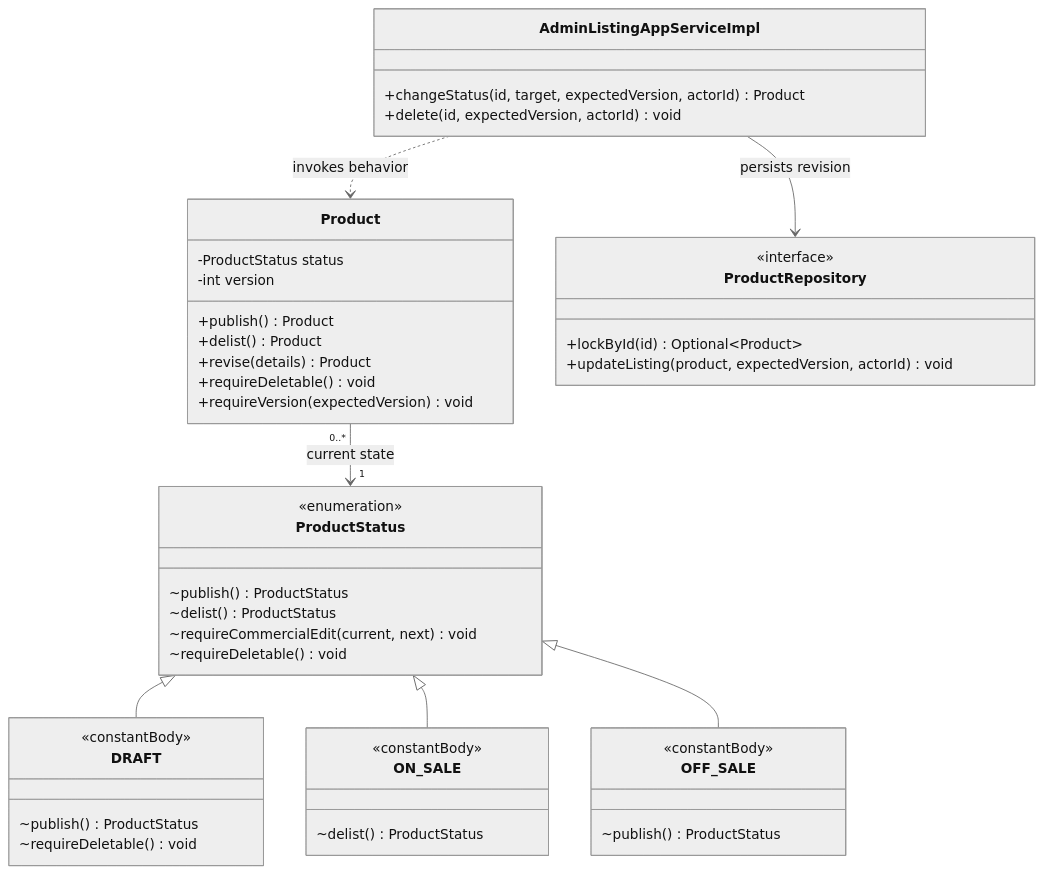
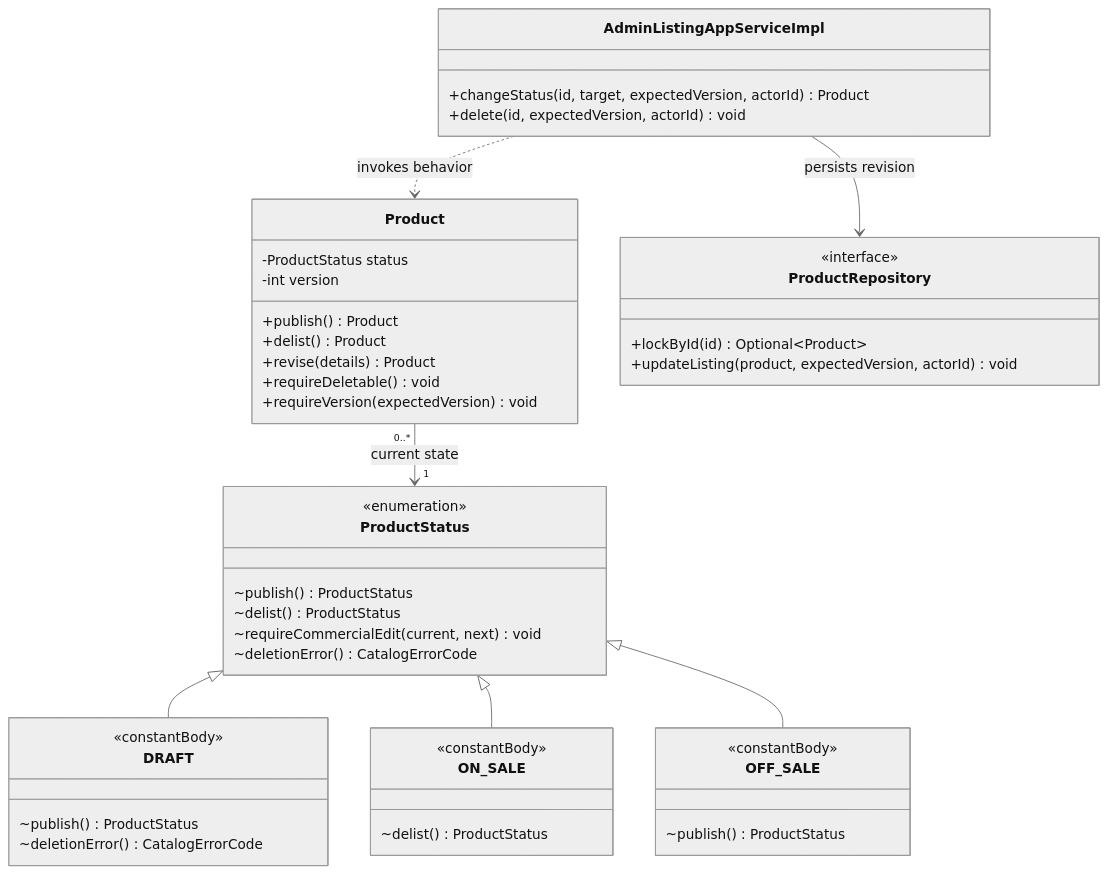
Before and after one commit to PPsyrius/iss-groupbuy-team8: the first of 2 diagrams in backend/docs/design/admin-listings.md, drawn with Mermaid (neutral theme). The commit also changed other lines of this file and 23 other files, not shown here.

````diff
--- a/backend/docs/design/admin-listings.md
+++ b/backend/docs/design/admin-listings.md
@@ -85,47 +85,47 @@
 ```mermaid
 classDiagram
     class AdminListingAppServiceImpl {
         +changeStatus(id, target, expectedVersion, actorId) Product
         +delete(id, expectedVersion, actorId) void
     }
     class Product {
         -ProductStatus status
         -int version
         +publish() Product
         +delist() Product
         +revise(details) Product
         +requireDeletable() void
         +requireVersion(expectedVersion) void
     }
     class ProductStatus {
         <<enumeration>>
         ~publish() ProductStatus
         ~delist() ProductStatus
         ~requireCommercialEdit(current, next) void
-        ~requireDeletable() void
+        ~deletionError() CatalogErrorCode
     }
     class DRAFT {
         <<constantBody>>
         ~publish() ProductStatus
-        ~requireDeletable() void
+        ~deletionError() CatalogErrorCode
     }
     class ON_SALE {
         <<constantBody>>
         ~delist() ProductStatus
     }
     class OFF_SALE {
         <<constantBody>>
         ~publish() ProductStatus
     }
     class ProductRepository {
         <<interface>>
         +lockById(id) Optional~Product~
         +updateListing(product, expectedVersion, actorId) void
     }
     Product "0..*" --> "1" ProductStatus : current state
     ProductStatus <|-- DRAFT
     ProductStatus <|-- ON_SALE
     ProductStatus <|-- OFF_SALE
     AdminListingAppServiceImpl ..> Product : invokes behavior
     AdminListingAppServiceImpl --> ProductRepository : persists revision
 ```
````
